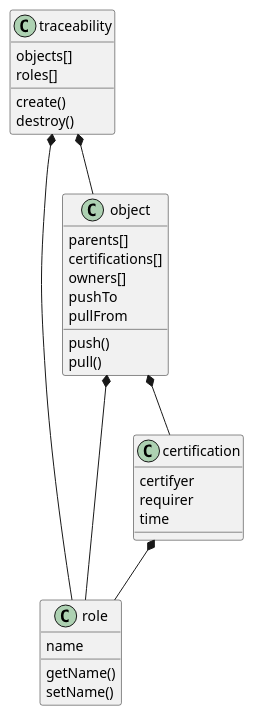
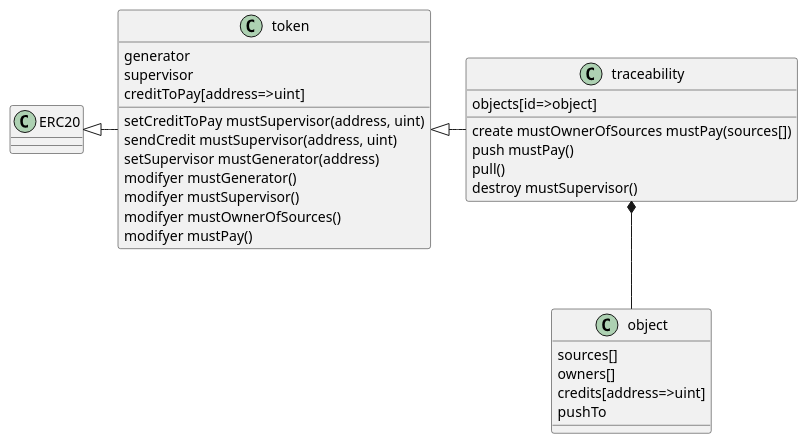
The diagram in plantuml/components.plantuml (txcary/traceability), drawn with PlantUML before and after one commit. The commit also changed 2 other files, not shown here.

Commit message:
Add a ERC20 tocken contract. update UML files.

```diff
--- a/plantuml/components.plantuml
+++ b/plantuml/components.plantuml
@@ -1,33 +1,32 @@
 @startuml
+class ERC20
+class "token" as token {
+	generator
+	supervisor
+	creditToPay[address=>uint]
+	setCreditToPay mustSupervisor(address, uint)
+	sendCredit mustSupervisor(address, uint)
+	setSupervisor mustGenerator(address)
+	modifyer mustGenerator()
+	modifyer mustSupervisor()
+	modifyer mustOwnerOfSources()
+	modifyer mustPay()
+}
 class "traceability" as trace {
-	objects[]
-	roles[]
-	create()
-	destroy()
+	objects[id=>object]
+	create mustOwnerOfSources mustPay(sources[])
+	push mustPay()
+	pull()
+	destroy mustSupervisor()
 }
-class "role" as role {
-	name
-	getName()
-	setName()
-}
-class "certification" as cert {
-	certifyer
-	requirer
-	time
-}
-class "object" as obj {
-	parents[]
-	certifications[]
+class "object" as object {
+	sources[]
 	owners[]
+	credits[address=>uint]
 	pushTo
-	pullFrom
-	push()
-	pull()
 }
 
-trace *-- obj
-trace *-- role
-obj *-- cert
-obj *-- role
-cert *-- role
+ERC20 <|- token
+token <|- trace
+trace *-- object
 @enduml
```
